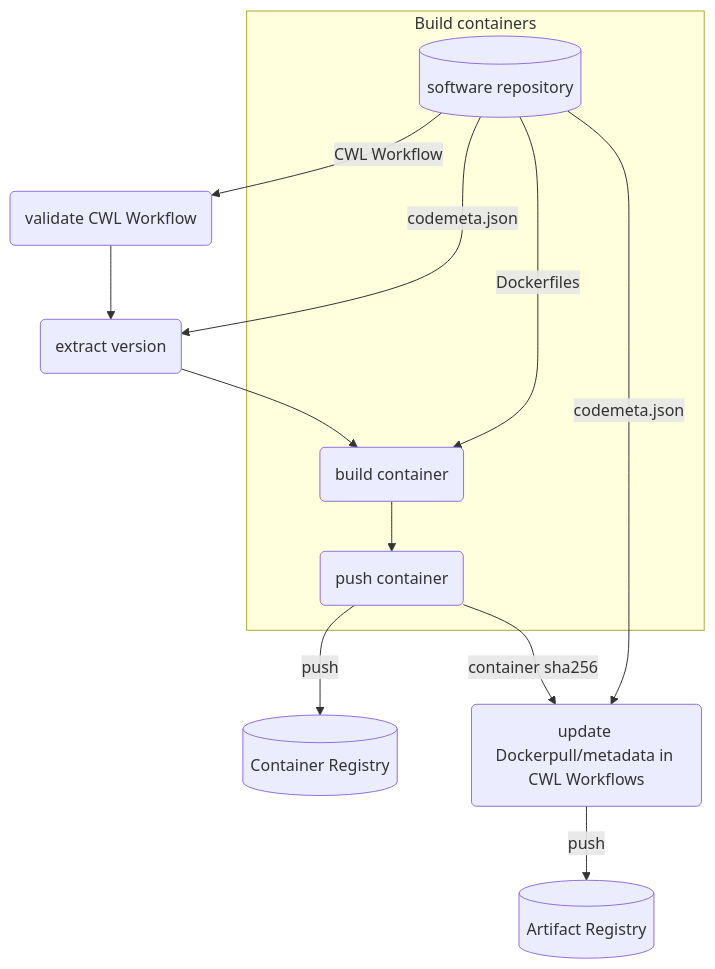
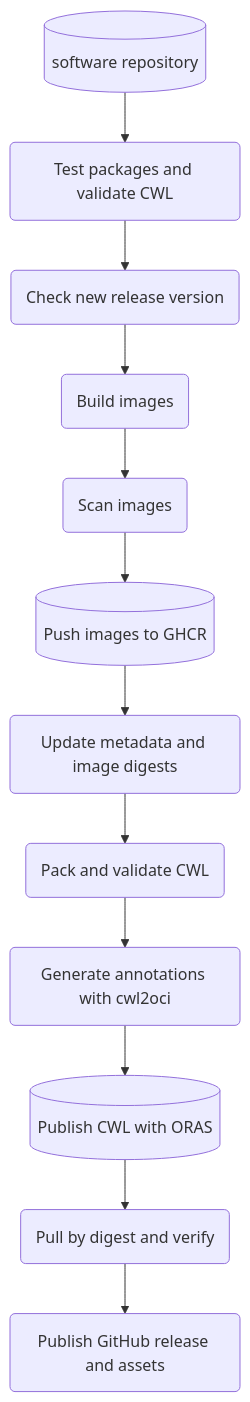
One commit to eoap/mastering-app-package changed the diagram in docs/release/ci.md. Above: the diagram before and after it, drawn with Mermaid. The commit also changed other lines of this file and 6 other files, not shown here.

Commit message:
ci(release): publish verified CWL OCI artifacts with cwl2oci

````diff
--- a/docs/release/ci.md
+++ b/docs/release/ci.md
@@ -31,16 +31,14 @@
 ``` mermaid
 graph TB
-SCM[(software repository)]
-SCM -- CWL Workflow --> A
-SCM -- codemeta.json --> B
-A(validate CWL Workflow) --> B(extract version)
-B --> C
-subgraph Build containers
-SCM -- Dockerfiles --> C
-C(build container) --> D(push container) 
-end
-D -- push --> CR[(Container Registry)] 
-D -- container sha256 --> F("update Dockerpull/metadata in CWL Workflows") 
-F -- push --> AR[(Artifact Registry)]
-SCM -- codemeta.json --> F
+SCM[(software repository)] --> T(Test packages and validate CWL)
+T --> V(Check new release version)
+V --> B(Build images)
+B --> S(Scan images)
+S --> CR[(Push images to GHCR)]
+CR --> P(Update metadata and image digests)
+P --> C(Pack and validate CWL)
+C --> A(Generate annotations with cwl2oci)
+A --> O[(Publish CWL with ORAS)]
+O --> R(Pull by digest and verify)
+R --> G(Publish GitHub release and assets)
 ```
````
